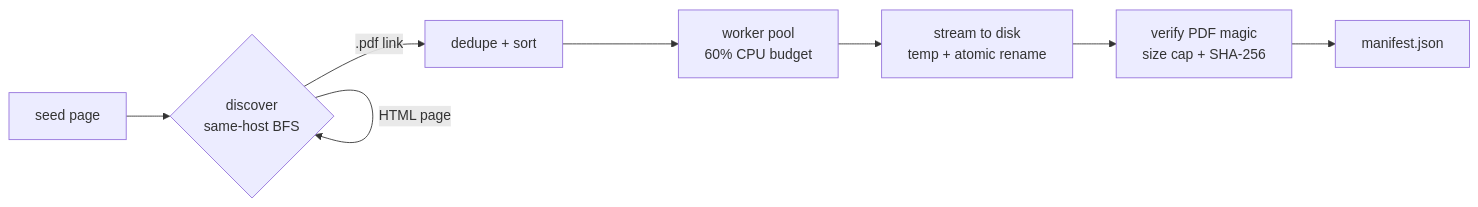
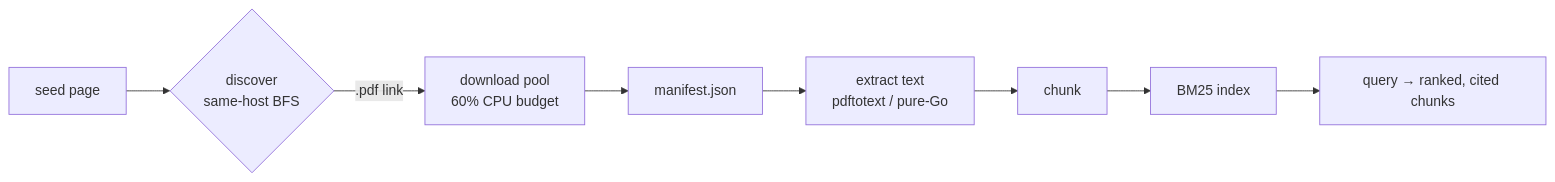
The diagram in README.md (DeanT-04/oxford-strat-RAG), drawn with Mermaid before and after one commit. The commit also changed other lines of this file and 20 other files, not shown here.

````diff
--- a/README.md
+++ b/README.md
@@ -97,10 +85,10 @@
 ```mermaid
 flowchart LR
     A[seed page] --> B{discover<br/>same-host BFS}
-    B -->|.pdf link| C[dedupe + sort]
-    B -->|HTML page| B
-    C --> D[worker pool<br/>60% CPU budget]
-    D --> E[stream to disk<br/>temp + atomic rename]
-    E --> F[verify PDF magic<br/>size cap + SHA-256]
-    F --> G[manifest.json]
+    B -->|.pdf link| C[download pool<br/>60% CPU budget]
+    C --> D[manifest.json]
+    D --> E[extract text<br/>pdftotext / pure-Go]
+    E --> F[chunk]
+    F --> G[BM25 index]
+    G --> H[query → ranked, cited chunks]
 ```
````
